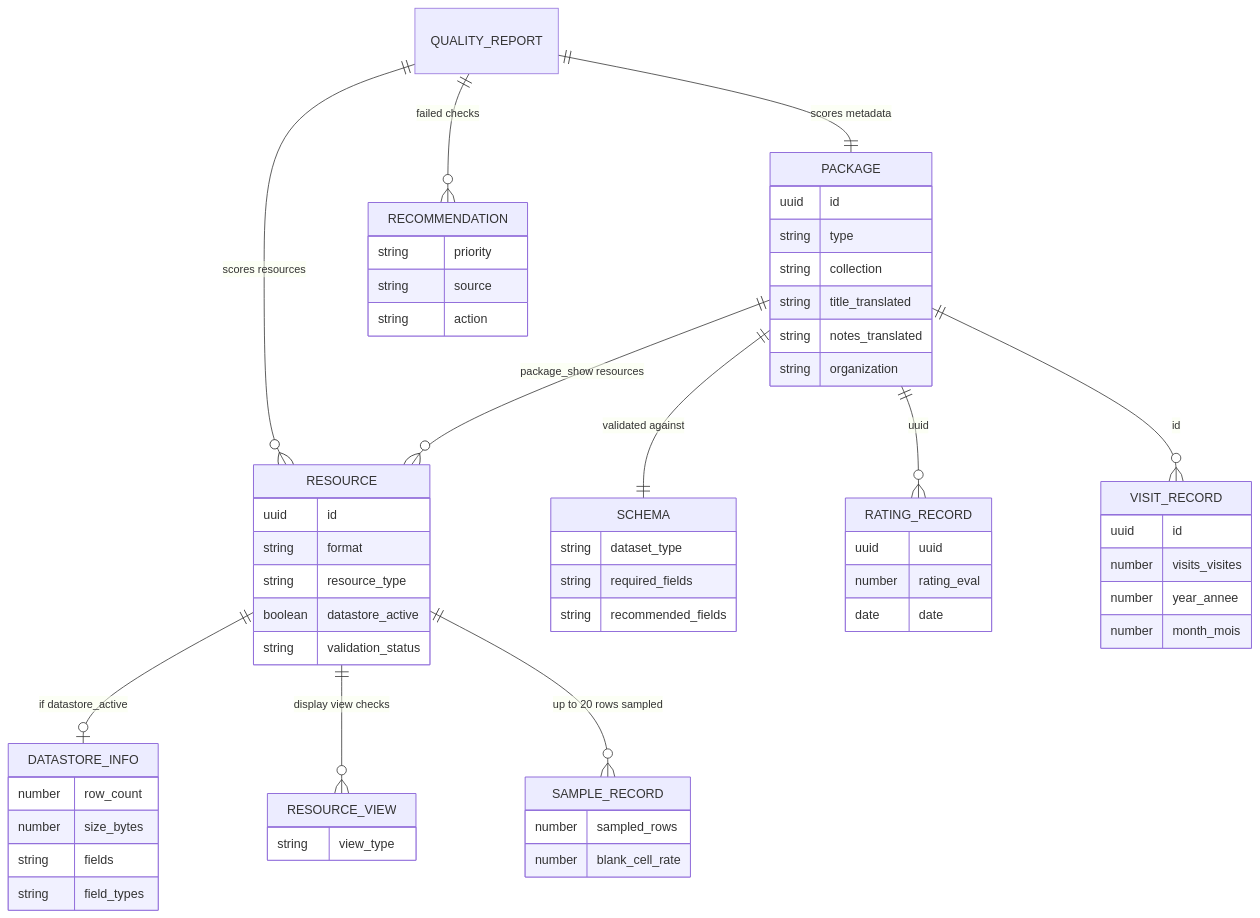
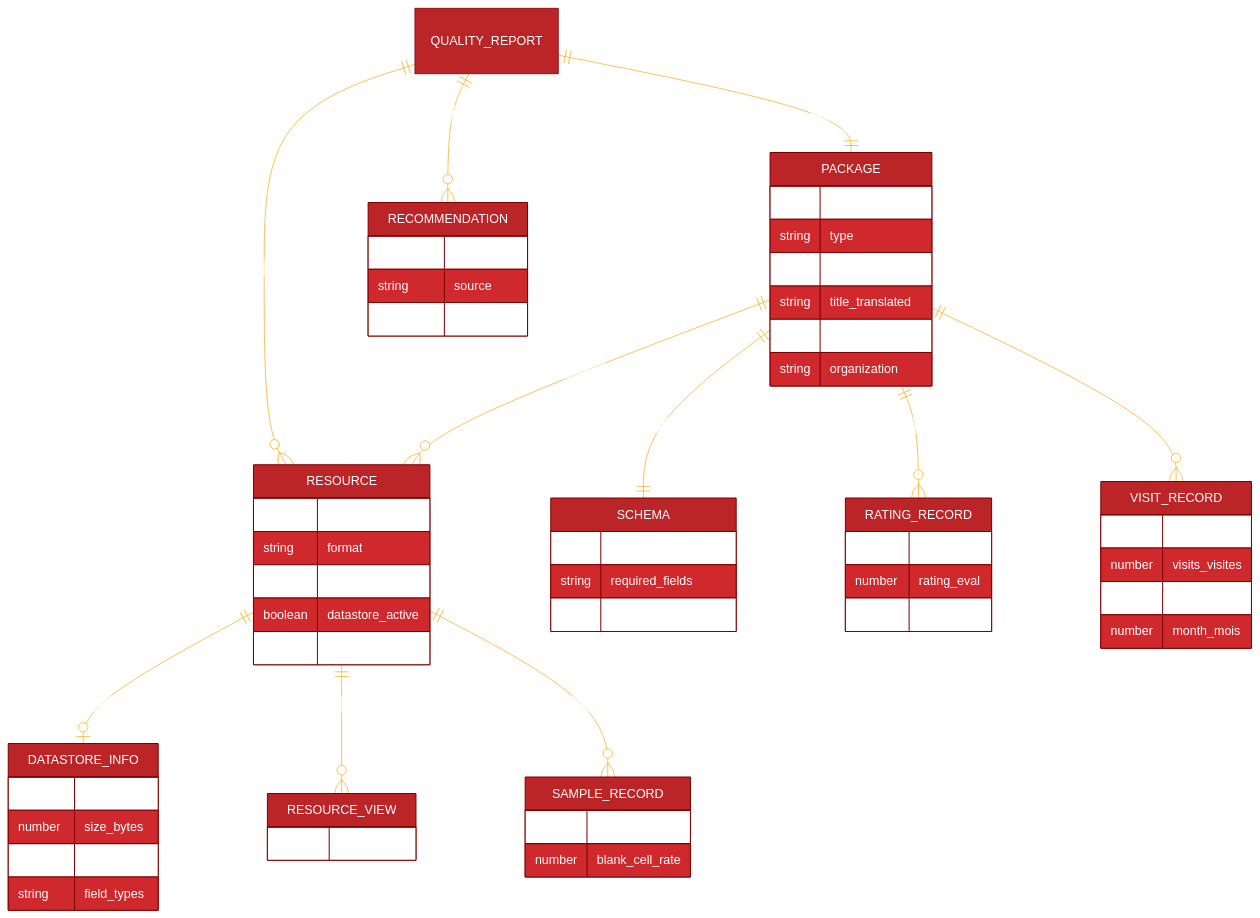
Before and after one commit to PatLittle/PatLittle.github.io: the third of 3 diagrams in _posts/2026-06-16-OpenDataForDataProducts.md, drawn with Mermaid. The commit also changed other lines of this file, not shown here.

Commit message:
mermaid look

````diff
--- a/_posts/2026-06-16-OpenDataForDataProducts.md
+++ b/_posts/2026-06-16-OpenDataForDataProducts.md
@@ -240,63 +261,74 @@
 ```mermaid
+---
+config:
+  theme: 'base'
+  themeVariables:
+    primaryColor: '#BB2528'
+    primaryTextColor: '#fff'
+    primaryBorderColor: '#7C0000'
+    lineColor: '#F8B229'
+    secondaryColor: '#006100'
+    tertiaryColor: '#fff'
+---
 erDiagram
     PACKAGE ||--o{ RESOURCE : "package_show resources"
     PACKAGE ||--|| SCHEMA : "validated against"
     RESOURCE ||--o| DATASTORE_INFO : "if datastore_active"
     RESOURCE ||--o{ RESOURCE_VIEW : "display view checks"
     RESOURCE ||--o{ SAMPLE_RECORD : "up to 20 rows sampled"
     PACKAGE ||--o{ RATING_RECORD : "uuid"
     PACKAGE ||--o{ VISIT_RECORD : "id"
     QUALITY_REPORT ||--|| PACKAGE : "scores metadata"
     QUALITY_REPORT ||--o{ RESOURCE : "scores resources"
     QUALITY_REPORT ||--o{ RECOMMENDATION : "failed checks"
 
     PACKAGE {
       uuid id
       string type
       string collection
       string title_translated
       string notes_translated
       string organization
     }
     SCHEMA {
       string dataset_type
       string required_fields
       string recommended_fields
     }
     RESOURCE {
       uuid id
       string format
       string resource_type
       boolean datastore_active
       string validation_status
     }
     DATASTORE_INFO {
       number row_count
       number size_bytes
       string fields
       string field_types
     }
     RESOURCE_VIEW {
       string view_type
     }
     SAMPLE_RECORD {
       number sampled_rows
       number blank_cell_rate
     }
     RATING_RECORD {
       uuid uuid
       number rating_eval
       date date
     }
     VISIT_RECORD {
       uuid id
       number visits_visites
       number year_annee
       number month_mois
     }
     RECOMMENDATION {
       string priority
       string source
       string action
     }
 ```
````
